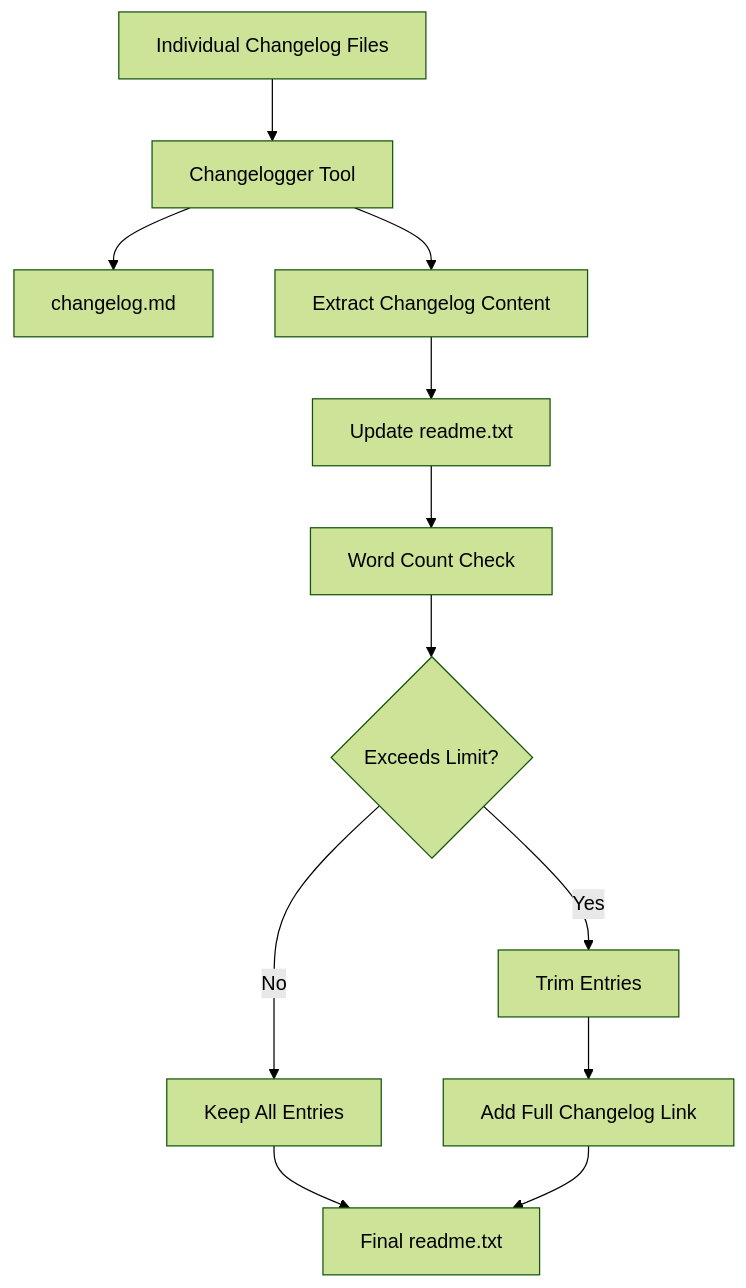
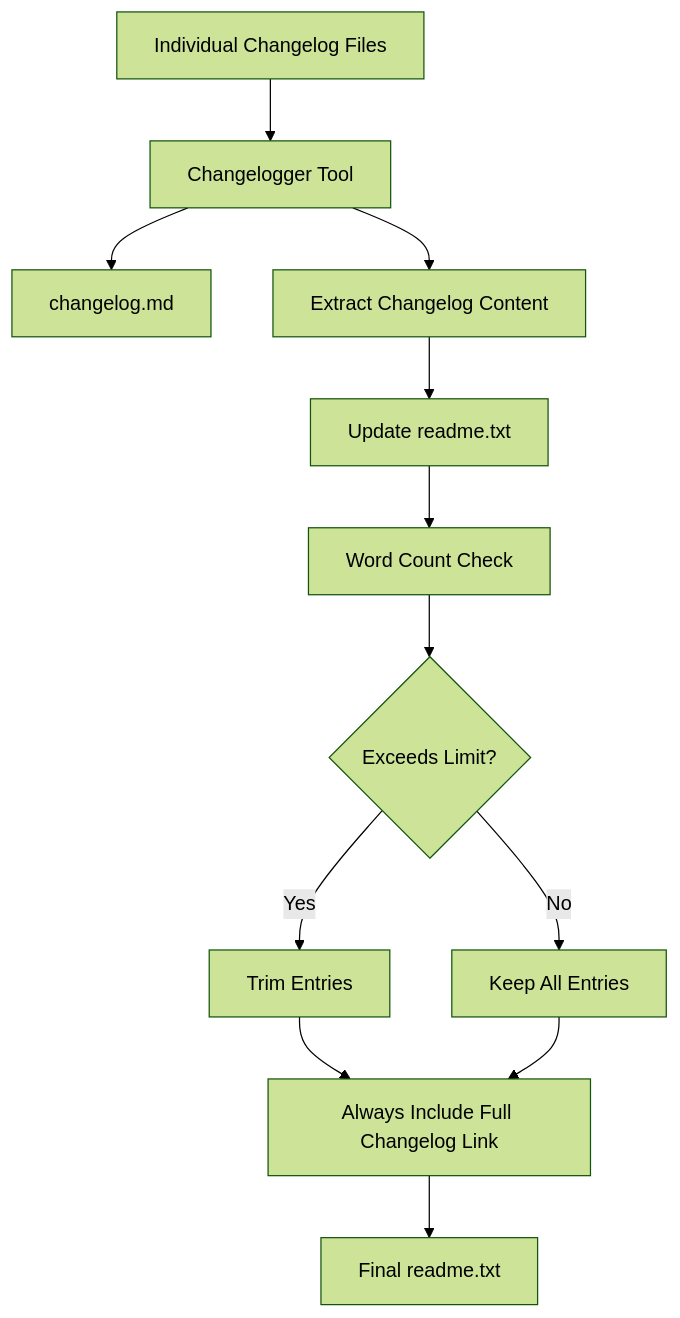
One commit to the-events-calendar/actions changed the diagram in .github/actions/process-changelog/README.md. Above: the diagram before and after it, drawn with Mermaid (forest theme). The commit also changed other lines of this file and 1 other file, not shown here.

First line of the commit message:
feat: Enhance changelog trimming with always-present links

````diff
--- a/.github/actions/process-changelog/README.md
+++ b/.github/actions/process-changelog/README.md
@@ -44,14 +44,14 @@
 ```mermaid
 graph TD
     A[Individual Changelog Files] --> B[Changelogger Tool]
     B --> C[changelog.md]
     B --> D[Extract Changelog Content]
     D --> E[Update readme.txt]
     E --> F[Word Count Check]
     F --> G{Exceeds Limit?}
     G -->|Yes| H[Trim Entries]
     G -->|No| I[Keep All Entries]
-    H --> J[Add Full Changelog Link]
-    I --> K[Final readme.txt]
-    J --> K
+    H --> J[Always Include Full Changelog Link]
+    I --> J
+    J --> K[Final readme.txt]
 ```
````
